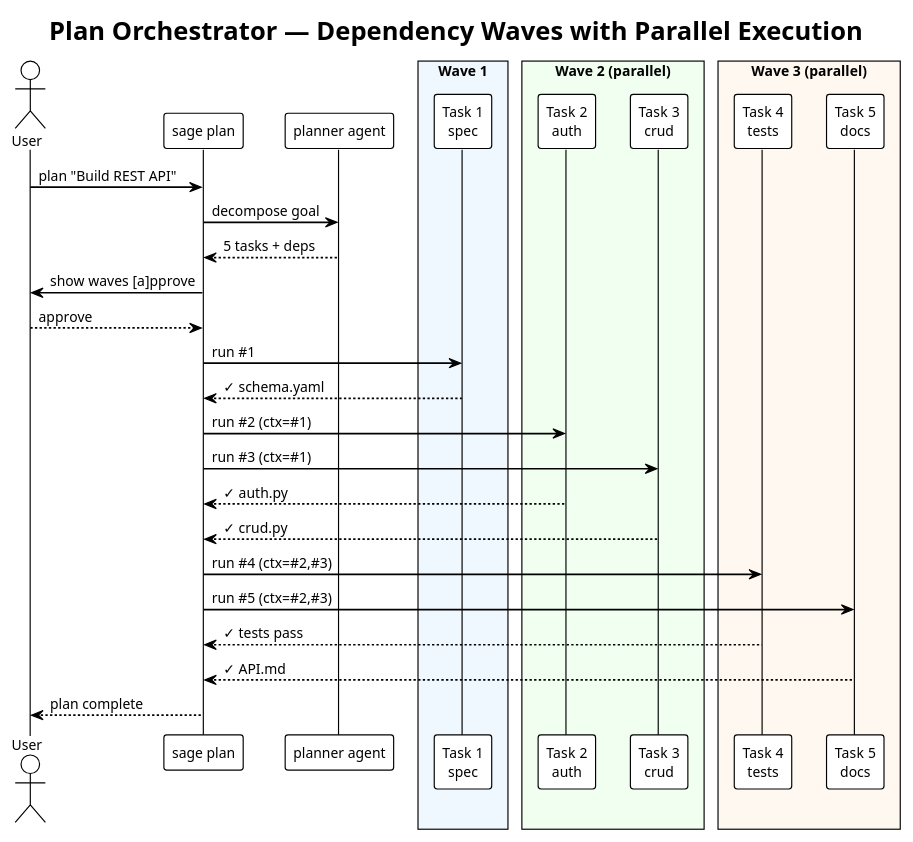
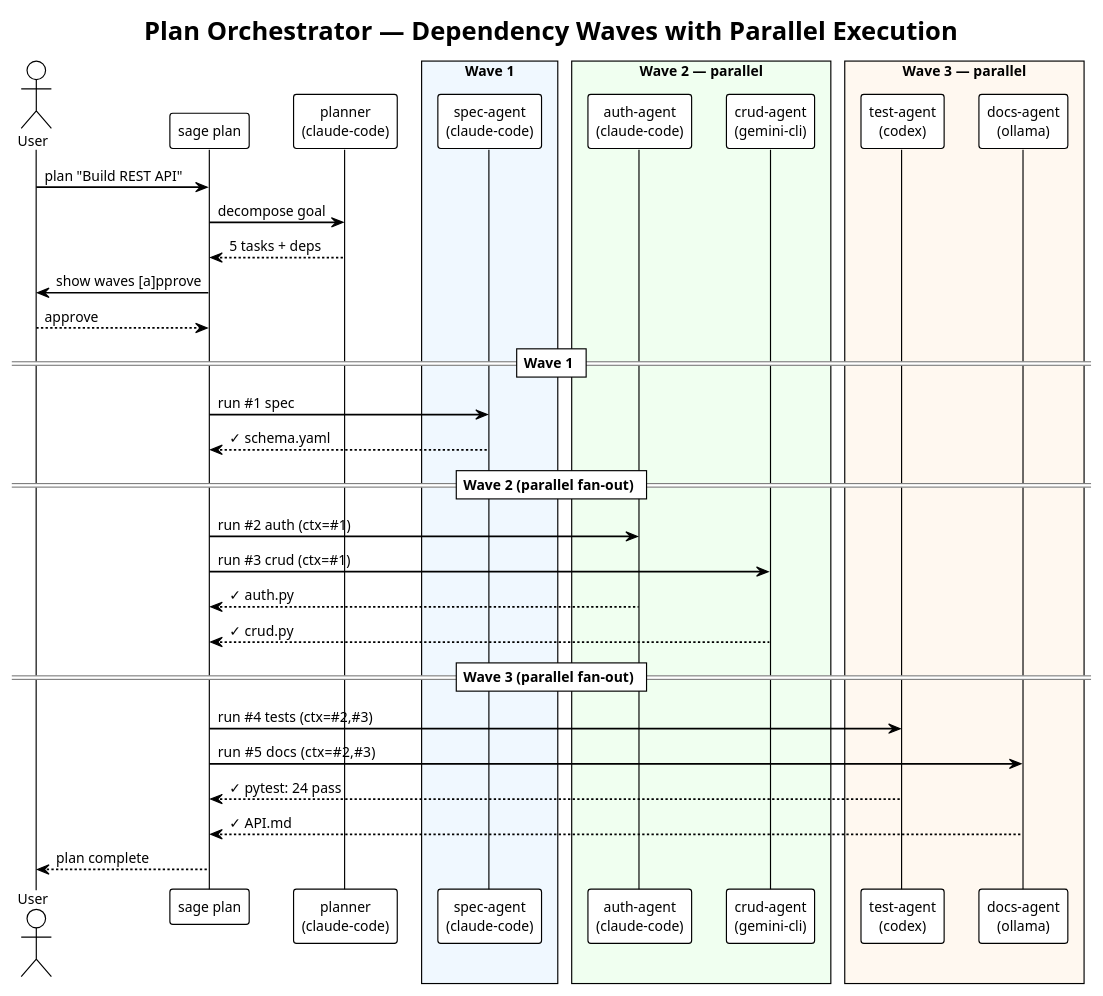
One commit to youwangd/SageCLI changed the diagram in docs/diagrams/plan-waves.puml. Above: the diagram before and after it, drawn with PlantUML. The commit also changed 9 other files, not shown here.

First line of the commit message:
docs: improve architecture + plan-waves diagrams, remove runtimes diagram

```diff
--- a/docs/diagrams/plan-waves.puml
+++ b/docs/diagrams/plan-waves.puml
@@ -1,45 +1,51 @@
 @startuml plan-waves
 !theme plain
 skinparam defaultFontName "Helvetica"
 skinparam defaultFontSize 12
 skinparam shadowing false
+skinparam backgroundColor transparent
 skinparam sequenceArrowThickness 1.5
 
 title Plan Orchestrator — Dependency Waves with Parallel Execution
 
 actor User
 participant "sage plan" as sage
-participant "planner agent" as planner
+participant "planner\n(claude-code)" as planner
+
 box "Wave 1" #F0F8FF
-  participant "Task 1\nspec" as t1
+  participant "spec-agent\n(claude-code)" as t1
 end box
-box "Wave 2 (parallel)" #F0FFF0
-  participant "Task 2\nauth" as t2
-  participant "Task 3\ncrud" as t3
+box "Wave 2 — parallel" #F0FFF0
+  participant "auth-agent\n(claude-code)" as t2
+  participant "crud-agent\n(gemini-cli)"  as t3
 end box
-box "Wave 3 (parallel)" #FFF8F0
-  participant "Task 4\ntests" as t4
-  participant "Task 5\ndocs" as t5
+box "Wave 3 — parallel" #FFF8F0
+  participant "test-agent\n(codex)"       as t4
+  participant "docs-agent\n(ollama)"      as t5
 end box
 
-User -> sage : plan "Build REST API"
-sage -> planner : decompose goal
-planner --> sage : 5 tasks + deps
-sage -> User : show waves [a]pprove
-User --> sage : approve
+User    -> sage    : plan "Build REST API"
+sage    -> planner : decompose goal
+planner --> sage   : 5 tasks + deps
+sage    -> User    : show waves [a]pprove
+User    --> sage   : approve
 
-sage -> t1 : run #1
-t1 --> sage : ✓ schema.yaml
+== Wave 1 ==
+sage -> t1   : run #1 spec
+t1   --> sage : ✓ schema.yaml
 
-sage -> t2 : run #2 (ctx=#1)
-sage -> t3 : run #3 (ctx=#1)
-t2 --> sage : ✓ auth.py
-t3 --> sage : ✓ crud.py
+== Wave 2 (parallel fan-out) ==
+sage -> t2   : run #2 auth (ctx=#1)
+sage -> t3   : run #3 crud (ctx=#1)
+t2   --> sage : ✓ auth.py
+t3   --> sage : ✓ crud.py
 
-sage -> t4 : run #4 (ctx=#2,#3)
-sage -> t5 : run #5 (ctx=#2,#3)
-t4 --> sage : ✓ tests pass
-t5 --> sage : ✓ API.md
+== Wave 3 (parallel fan-out) ==
+sage -> t4   : run #4 tests (ctx=#2,#3)
+sage -> t5   : run #5 docs  (ctx=#2,#3)
+t4   --> sage : ✓ pytest: 24 pass
+t5   --> sage : ✓ API.md
+
 sage --> User : plan complete
 
 @enduml
```
